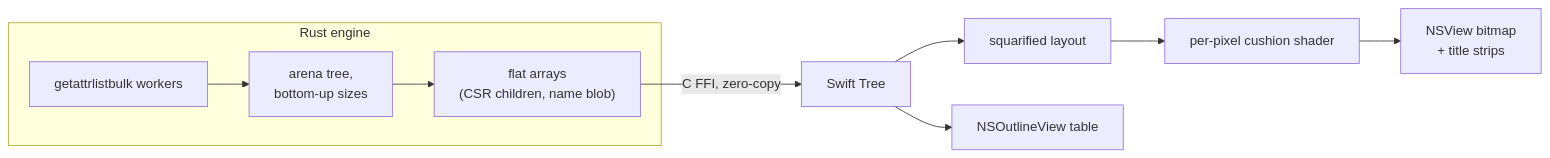
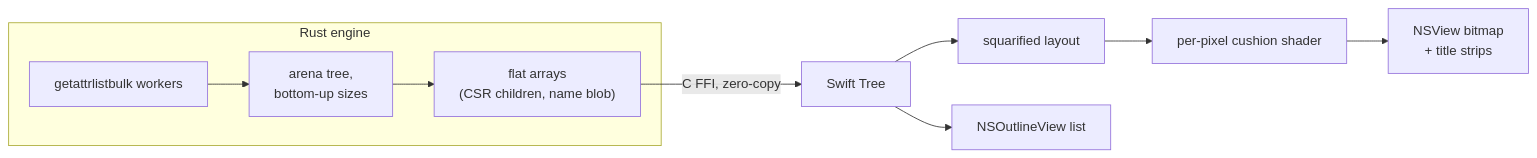
The diagram in README.md (512banque/blitztree), drawn with Mermaid before and after one commit. The commit also changed other lines of this file and 12 other files, not shown here.

````diff
--- a/README.md
+++ b/README.md
@@ -29,10 +52,10 @@
 ```mermaid
 flowchart LR
     subgraph rust [Rust engine]
         W["getattrlistbulk workers"] --> T["arena tree,\nbottom-up sizes"]
         T --> F["flat arrays\n(CSR children, name blob)"]
     end
     F -- "C FFI, zero-copy" --> S["Swift Tree"]
     S --> L["squarified layout"] --> C["per-pixel cushion shader"] --> V["NSView bitmap\n+ title strips"]
-    S --> O["NSOutlineView table"]
+    S --> O["NSOutlineView list"]
 ```
````
